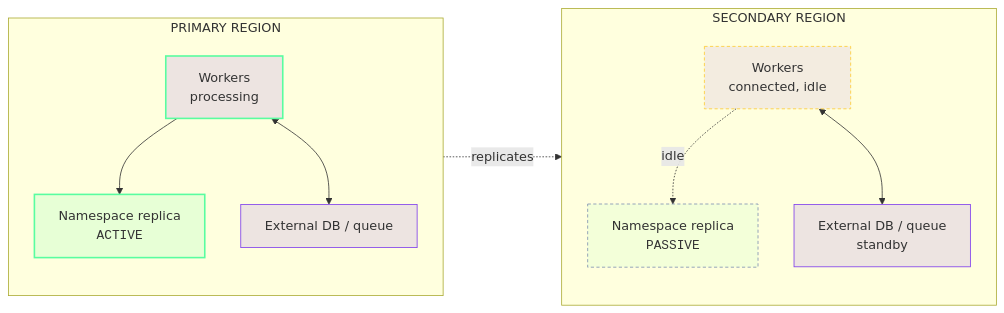
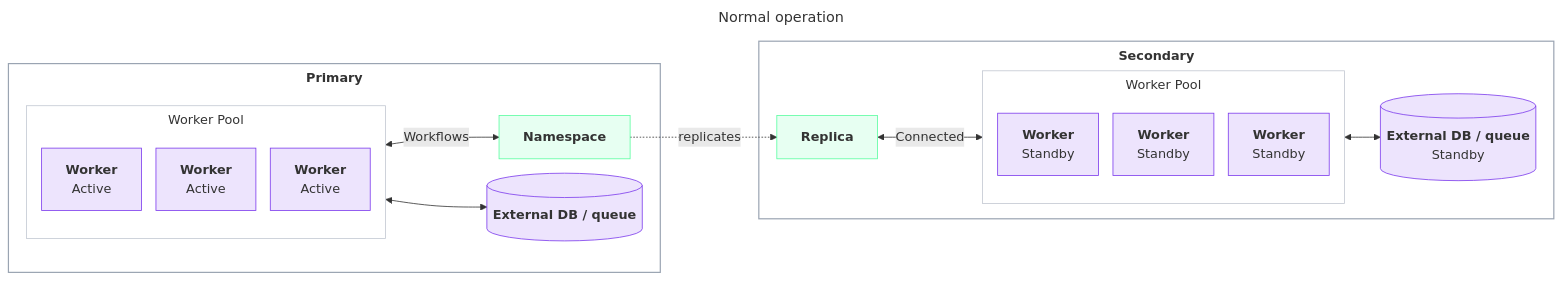
Before and after one commit to temporalio/documentation: the ninth of 14 diagrams in docs/cloud/high-availability/deployment-patterns.mdx, drawn with Mermaid. The commit also changed other lines of this file and 3 other files, not shown here.

````diff
--- a/docs/cloud/high-availability/deployment-patterns.mdx
+++ b/docs/cloud/high-availability/deployment-patterns.mdx
@@ -187,26 +402,37 @@
 ```mermaid
-%%{init: {'themeVariables':{'fontFamily':'Inter, ui-sans-serif, system-ui, sans-serif'},'flowchart':{'nodeSpacing':45,'rankSpacing':70,'curve':'basis'}}}%%
+---
+title: Normal operation
+---
+%%{init: {'themeVariables':{'fontFamily':'Inter, ui-sans-serif, system-ui, sans-serif'},'flowchart':{'nodeSpacing':18,'rankSpacing':45,'curve':'basis','subGraphTitleMargin':{'top':6,'bottom':12}}}}%%
 flowchart LR
-  classDef tcloud fill:#59FDA024,stroke:#59FDA0,stroke-width:2px;
-  classDef tpassive fill:#59FDA012,stroke:#7C8FB1,stroke-width:1px,stroke-dasharray:4 3;
-  classDef wactive fill:#7C3AED22,stroke:#59FDA0,stroke-width:2px;
-  classDef widle fill:#7C3AED18,stroke:#FECB2F,stroke-width:1px,stroke-dasharray:4 3;
-  classDef ext fill:#7C3AED22,stroke:#7C3AED,stroke-width:1px;
-  subgraph P["PRIMARY REGION"]
-    direction TB
-    W1["Workers<br/>processing"]:::wactive
-    DB1["External DB / queue"]:::ext
-    R1["Namespace replica<br/><samp>ACTIVE</samp>"]:::tcloud
-  end
-  subgraph S["SECONDARY REGION"]
-    direction TB
-    W2["Workers<br/>connected, idle"]:::widle
-    DB2["External DB / queue<br/>standby"]:::ext
-    R2["Namespace replica<br/><samp>PASSIVE</samp>"]:::tpassive
-  end
-  W1 --> R1
-  W1 <--> DB1
-  W2 -. idle .-> R2
-  W2 <--> DB2
-  R1 -. replicates .-> R2
+    classDef worker fill:#7C3AED22,stroke:#7C3AED,stroke-width:1px;
+    classDef ns fill:#59FDA024,stroke:#59FDA0,stroke-width:1px;
+    classDef ext fill:#7C3AED22,stroke:#7C3AED,stroke-width:1px;
+    classDef region fill:transparent,stroke:#9aa4b2,stroke-width:1.5px;
+    classDef pool fill:transparent,stroke:#c2c8d2,stroke-width:1px;
+    subgraph DHNPRI["<b>Primary</b>"]
+      subgraph DHNWP["Worker Pool"]
+        DHNW1["<b>Worker</b><br/>Active"]:::worker
+        DHNW2["<b>Worker</b><br/>Active"]:::worker
+        DHNW3["<b>Worker</b><br/>Active"]:::worker
+      end
+      DHNNS["<b>Namespace</b>"]:::ns
+      DHNDB[("<b>External DB / queue</b>")]:::ext
+      DHNWP <-->|Workflows| DHNNS
+      DHNWP <--> DHNDB
+    end
+    subgraph DHNSEC["<b>Secondary</b>"]
+      DHNR["<b>Replica</b>"]:::ns
+      subgraph DHNWP2["Worker Pool"]
+        DHNSW1["<b>Worker</b><br/>Standby"]:::worker
+        DHNSW2["<b>Worker</b><br/>Standby"]:::worker
+        DHNSW3["<b>Worker</b><br/>Standby"]:::worker
+      end
+      DHNDB2[("<b>External DB / queue</b><br/>Standby")]:::ext
+      DHNR <-->|"Connected"| DHNWP2
+      DHNWP2 <--> DHNDB2
+    end
+    DHNNS -. replicates .-> DHNR
+    class DHNPRI,DHNSEC region
+    class DHNWP,DHNWP2 pool
 ```
````
